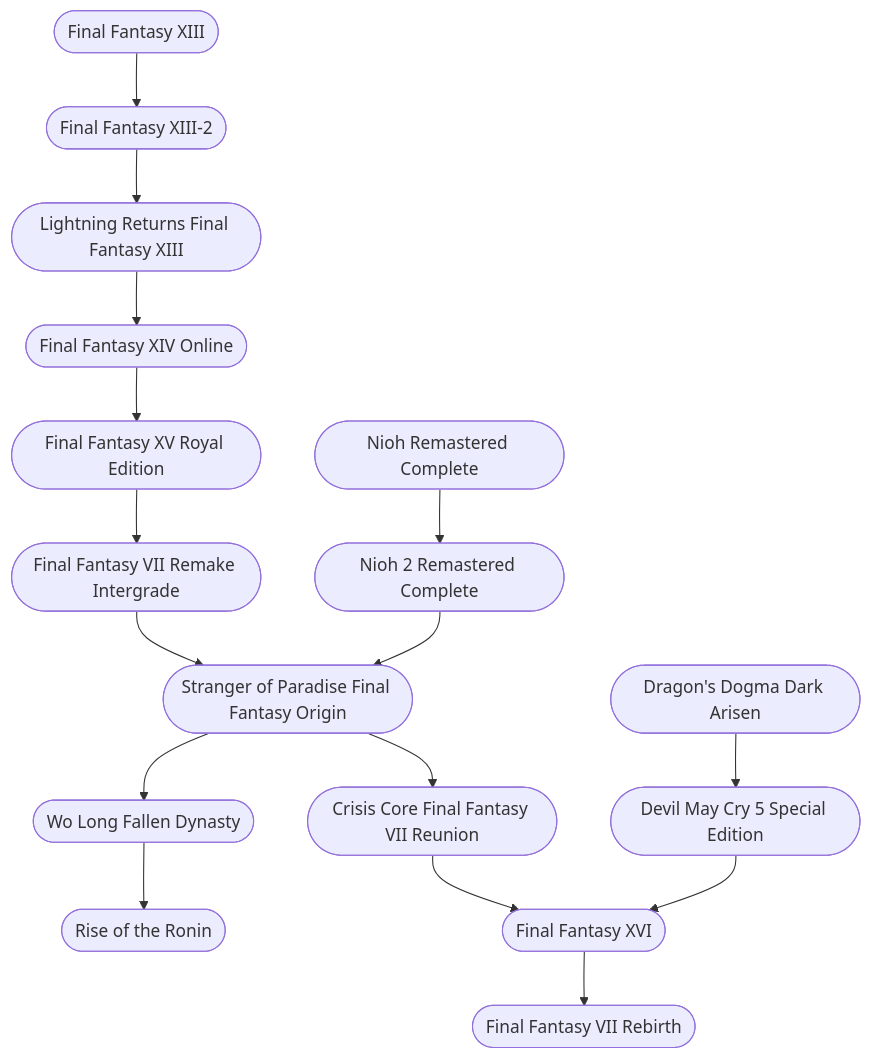
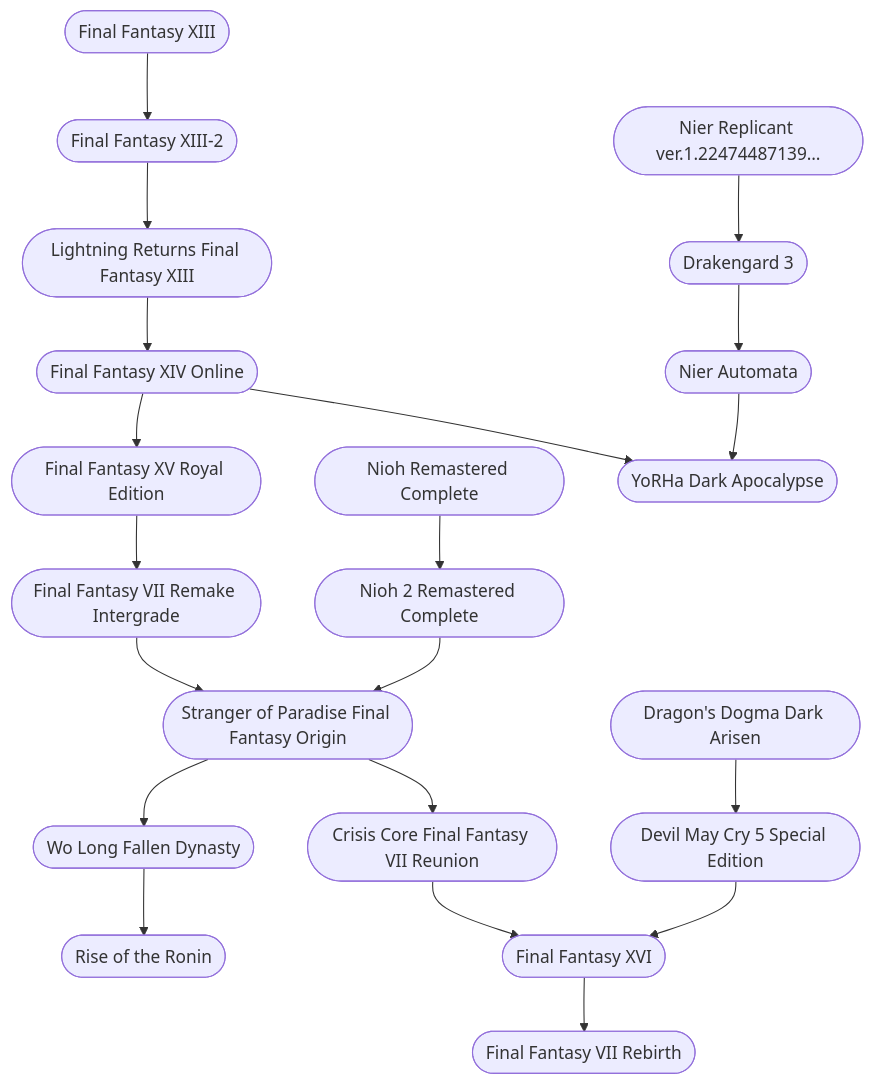
The diagram in collections/playlists/Fantasy Action.md (steinea/obsidian-vault), drawn with Mermaid before and after one commit. The commit also changed other lines of this file and 7 other files, not shown here.

````diff
--- a/collections/playlists/Fantasy Action.md
+++ b/collections/playlists/Fantasy Action.md
@@ -44,33 +48,42 @@
 ```mermaid
 flowchart TD;
 
 FFXIII(["Final Fantasy XIII"])
 FFXIII2(["Final Fantasy XIII-2"])
 LRFFXIII(["Lightning Returns Final Fantasy XIII"])
 
 FFXIVO(["Final Fantasy XIV Online"])
 FFXVRE(["Final Fantasy XV Royal Edition"]) 
 
 FFVIIRI(["Final Fantasy VII Remake Intergrade"])
 CCFFVIIR(["Crisis Core Final Fantasy VII Reunion"])
 FFVIIR(["Final Fantasy VII Rebirth"])
 
 NIOH(["Nioh Remastered Complete"])
 NIOH2(["Nioh 2 Remastered Complete"])
 SOPFFO(["Stranger of Paradise Final Fantasy Origin"])
 WLFD(["Wo Long Fallen Dynasty"])
 ROTR(["Rise of the Ronin"])
 
 DDDA(["Dragon's Dogma Dark Arisen"])
 DMC5SE(["Devil May Cry 5 Special Edition"])
 FFXVI(["Final Fantasy XVI"])
 
+NIERRV(["Nier Replicant ver.1.22474487139…"])
+DG3(["Drakengard 3"])
+NIERA(["Nier Automata"])
+YORHADA(["YoRHa Dark Apocalypse"])
+
 FFXIII --> FFXIII2 --> LRFFXIII --> FFXIVO --> FFXVRE --> FFVIIRI --> SOPFFO --> CCFFVIIR --> FFXVI --> FFVIIR
 
 NIOH --> NIOH2 --> SOPFFO --> WLFD --> ROTR
 
 DDDA --> DMC5SE --> FFXVI
 
-class FFXIII,FFXIII2,LRFFXIII,FFXVRE,FFVIIRI,CCFFVIIR,NIOH,NIOH2,SOPFFO,WLFD,DDDA,DMC5SE,FFXVI,FFVIIR,ROTR,FFXIVO internal-link;
+FFXIVO --> YORHADA
+
+NIERRV --> DG3 --> NIERA --> YORHADA
+
+class FFXIII,FFXIII2,LRFFXIII,FFXVRE,FFVIIRI,CCFFVIIR,NIOH,NIOH2,SOPFFO,WLFD,DDDA,DMC5SE,FFXVI,FFVIIR,ROTR,FFXIVO,DG3,NIERRV,NIERA,YORHADA internal-link;
 
 ```
````
